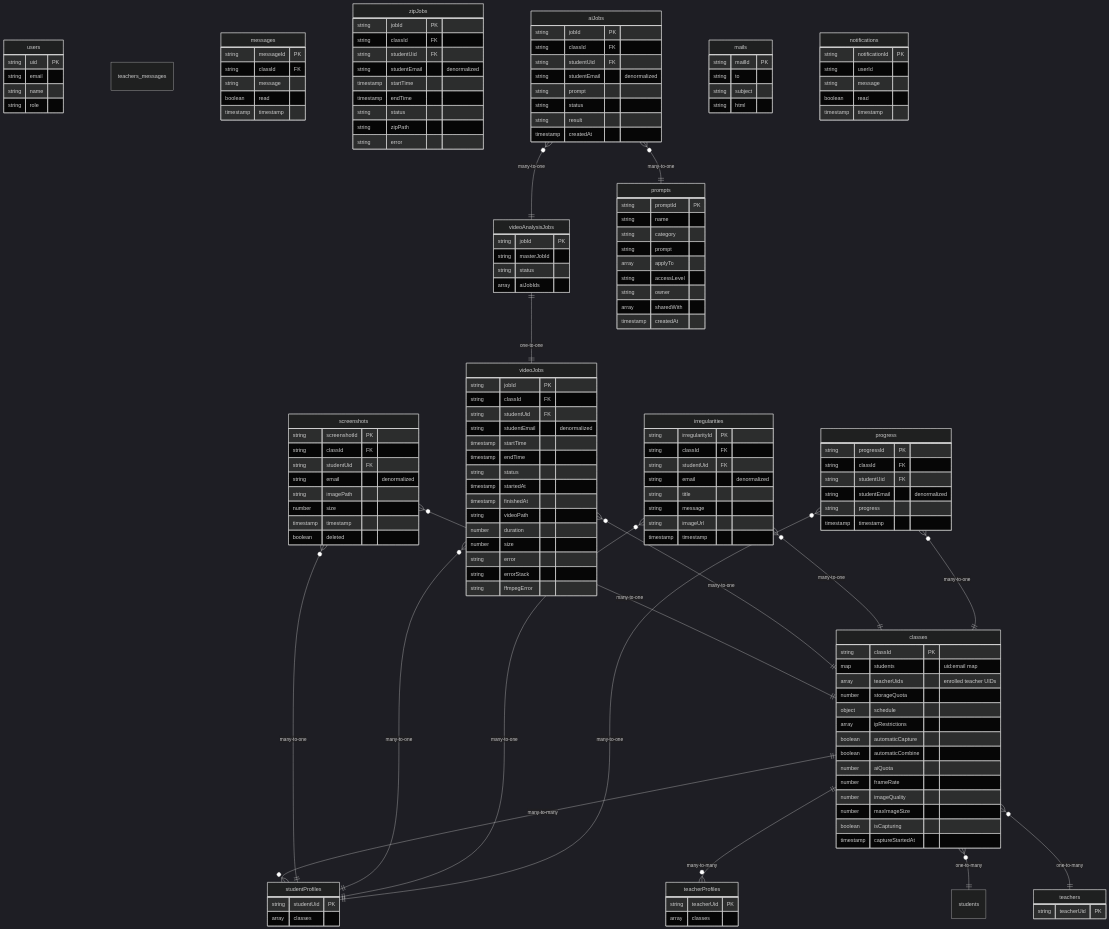
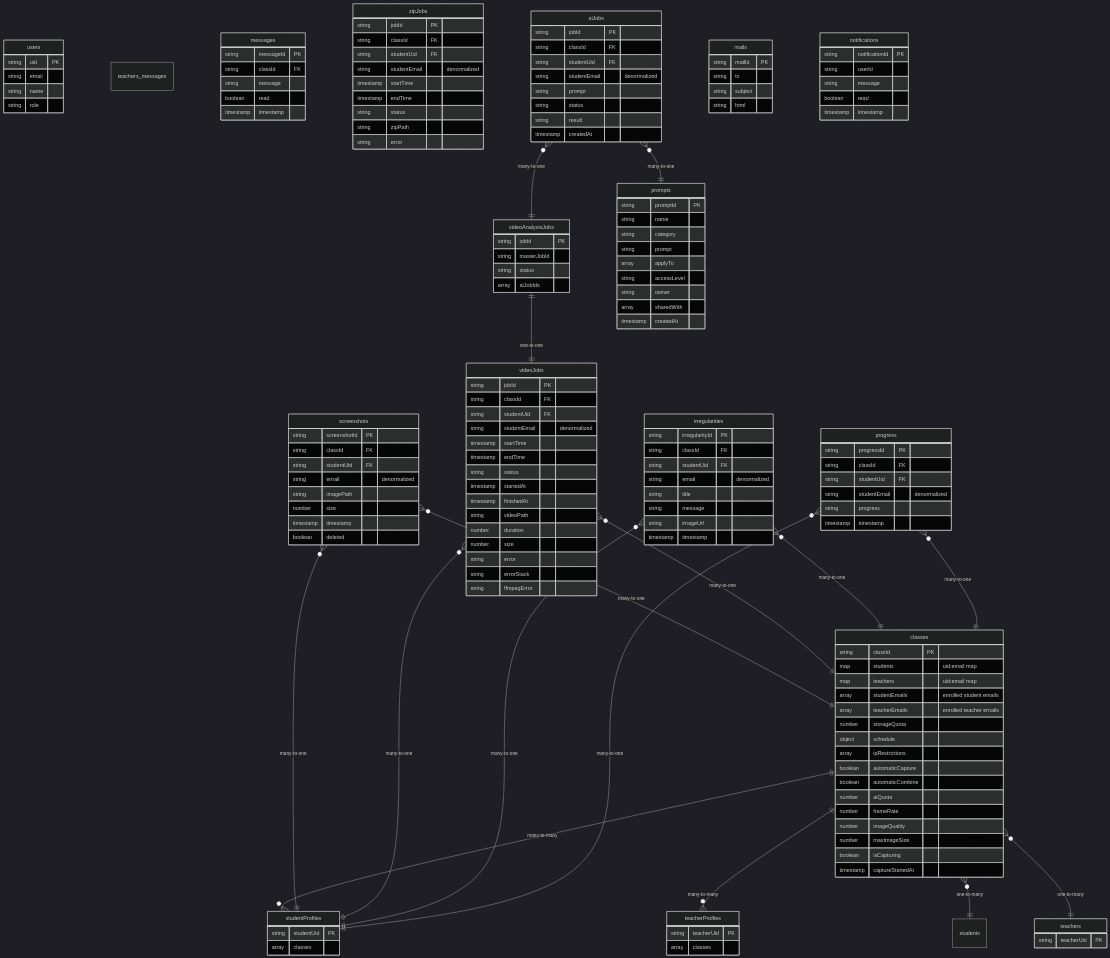
One commit to wongcyrus/Gemini-AI-Classroom-Assistant changed the diagram in docs/firestore-schema.md. Above: the diagram before and after it, drawn with Mermaid (dark theme). The commit also changed other lines of this file and 9 other files, not shown here.

```diff
--- a/docs/firestore-schema.md
+++ b/docs/firestore-schema.md
@@ -16,7 +16,9 @@
     classes {
         string classId PK
         map students "uid:email map"
-        array teacherUids "enrolled teacher UIDs"
+        map teachers "uid:email map"
+        array studentEmails "enrolled student emails"
+        array teacherEmails "enrolled teacher emails"
         number storageQuota
         object schedule
         array ipRestrictions
```
